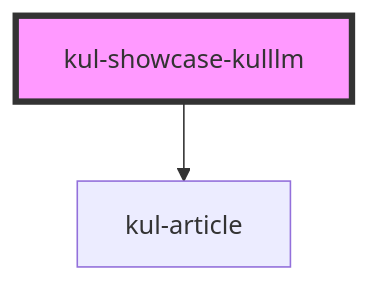
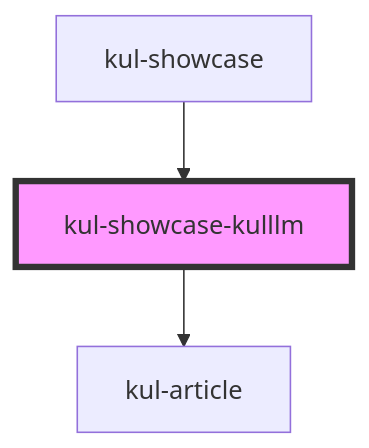
The diagram in packages/ketchup-lite/src/components/kul-showcase/framework/llm/readme.md (lucafoscili/ketchup-lite), drawn with Mermaid before and after one commit. The commit also changed other lines of this file and 45 other files, not shown here.

````diff
--- a/packages/ketchup-lite/src/components/kul-showcase/framework/llm/readme.md
+++ b/packages/ketchup-lite/src/components/kul-showcase/framework/llm/readme.md
@@ -15,5 +19,6 @@
 ```mermaid
 graph TD;
   kul-showcase-kulllm --> kul-article
+  kul-showcase --> kul-showcase-kulllm
   style kul-showcase-kulllm fill:#f9f,stroke:#333,stroke-width:4px
 ```
````
